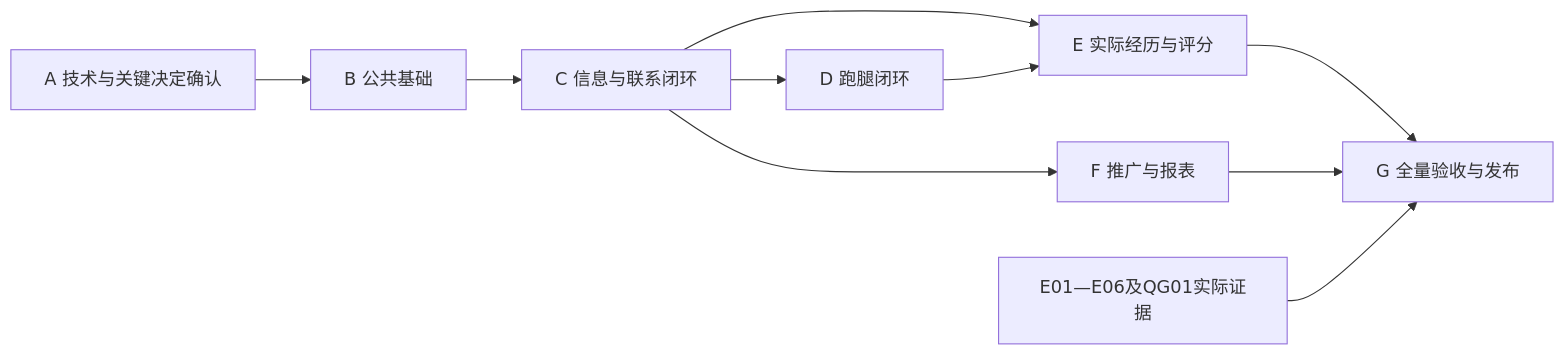
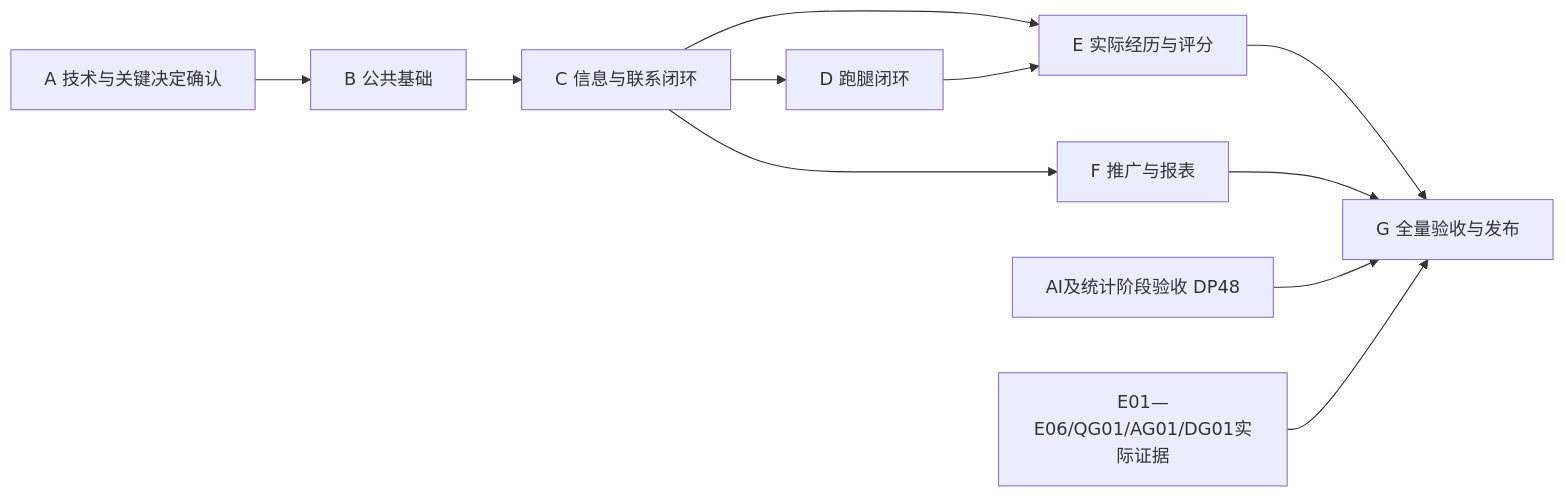
One commit to laureli331/O2O changed the diagram in docs/development-plan.md. Above: the diagram before and after it, drawn with Mermaid. The commit also changed other lines of this file and 16 other files, not shown here.

````diff
--- a/docs/development-plan.md
+++ b/docs/development-plan.md
@@ -75,12 +77,13 @@
 ```mermaid
 flowchart LR
     A["A 技术与关键决定确认"] --> B["B 公共基础"]
     B --> C["C 信息与联系闭环"]
     C --> D["D 跑腿闭环"]
     C --> E["E 实际经历与评分"]
     D --> E
     C --> F["F 推广与报表"]
     E --> G["G 全量验收与发布"]
     F --> G
-    H["E01—E06及QG01实际证据"] --> G
+    I["AI及统计阶段验收 DP48"] --> G
+    H["E01—E06/QG01/AG01/DG01实际证据"] --> G
 ```
````
